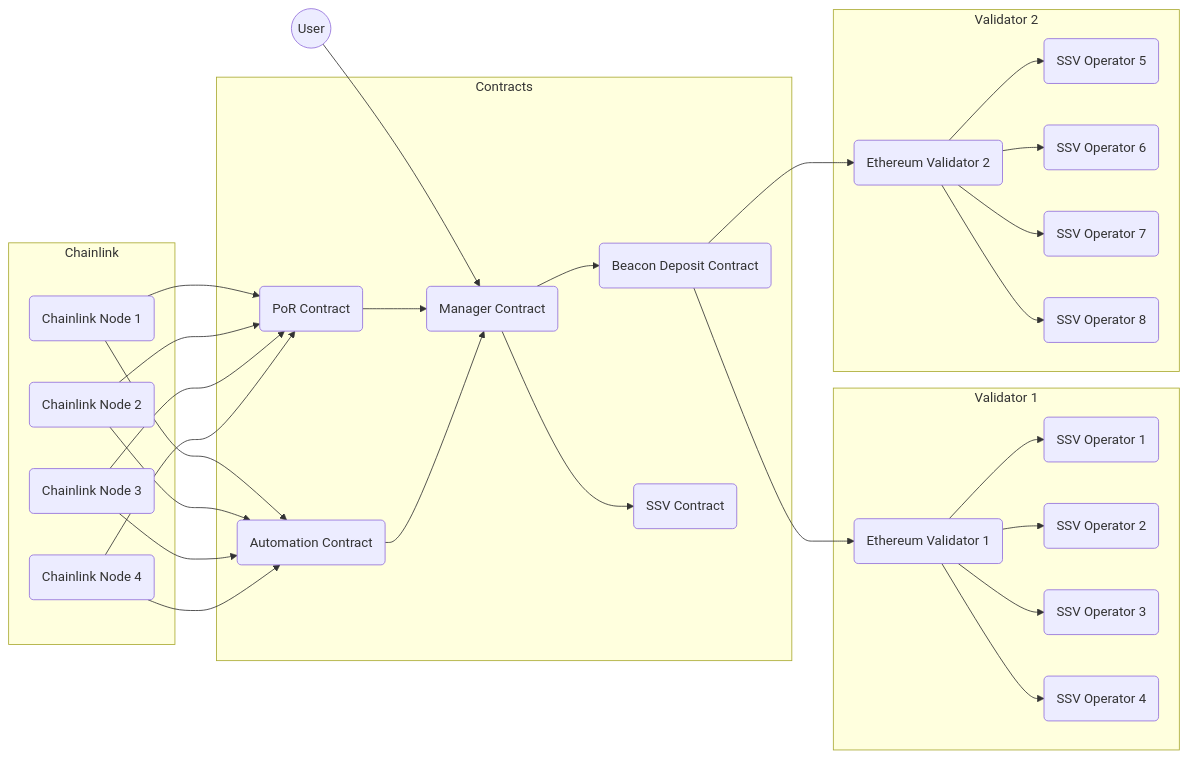
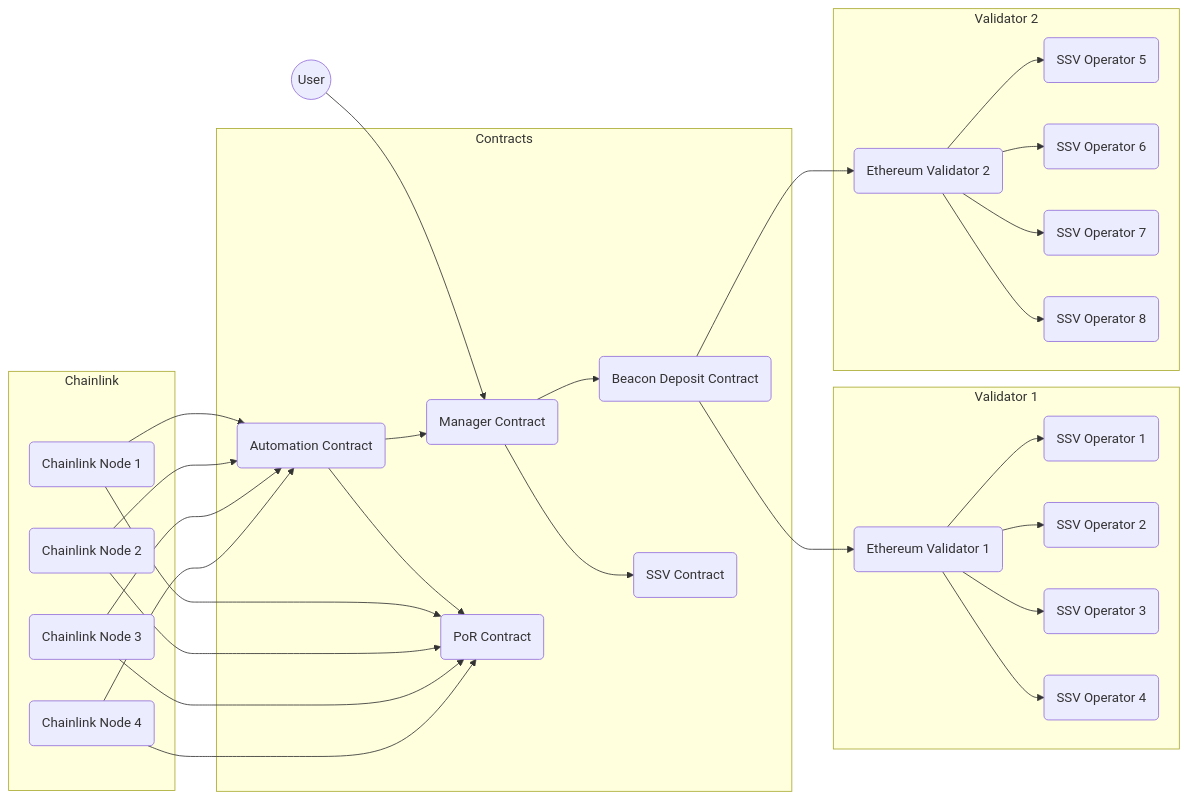
The diagram in contracts/ethereum/README.md (consensusnetworks/casimir), drawn with Mermaid before and after one commit.

Commit message:
Point automation at PoR in contract diagram

````diff
--- a/contracts/ethereum/README.md
+++ b/contracts/ethereum/README.md
@@ -9,52 +9,52 @@
 ```mermaid
 graph LR
     subgraph Contracts
         B(Manager Contract)
         C(Beacon Deposit Contract)
         D(SSV Contract)
         G(PoR Contract)
         H(Automation Contract)
     end
 
     A((User)) --> B
 
     B --> C
     B --> D
 
     C --> E1(Ethereum Validator 1)
     C --> E2(Ethereum Validator 2)
 
     subgraph Validator 1
         E1 --> F11(SSV Operator 1)
         E1 --> F12(SSV Operator 2)
         E1 --> F13(SSV Operator 3)
         E1 --> F14(SSV Operator 4)
     end
     
     subgraph Validator 2
         E2 --> F21(SSV Operator 5)
         E2 --> F22(SSV Operator 6)
         E2 --> F23(SSV Operator 7)
         E2 --> F24(SSV Operator 8)
     end
 
-    G --> B
+    H --> G
     H --> B
     
     subgraph Chainlink
         I1(Chainlink Node 1)
         I2(Chainlink Node 2)
         I3(Chainlink Node 3)
         I4(Chainlink Node 4)
     end
 
     I1(Chainlink Node 1) --> G
     I2(Chainlink Node 2) --> G
     I3(Chainlink Node 3) --> G
     I4(Chainlink Node 4) --> G
     
     I1 --> H
     I2 --> H
     I3 --> H
     I4 --> H
 ```
````
